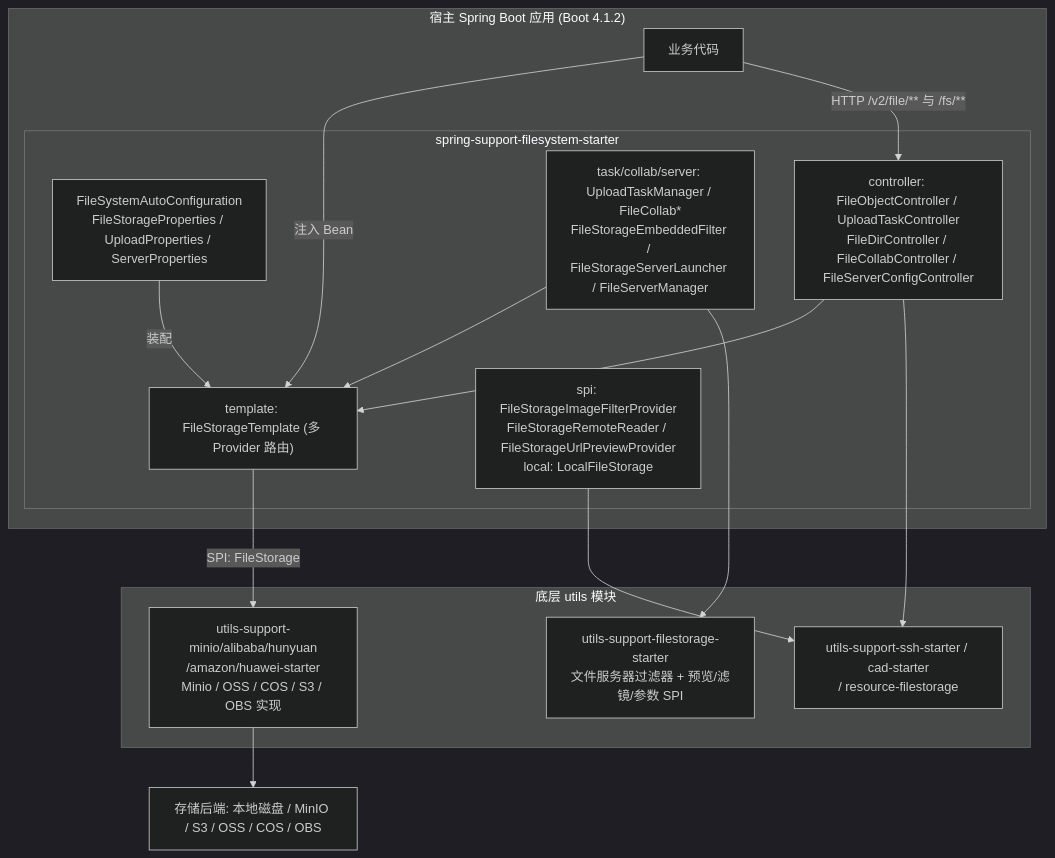
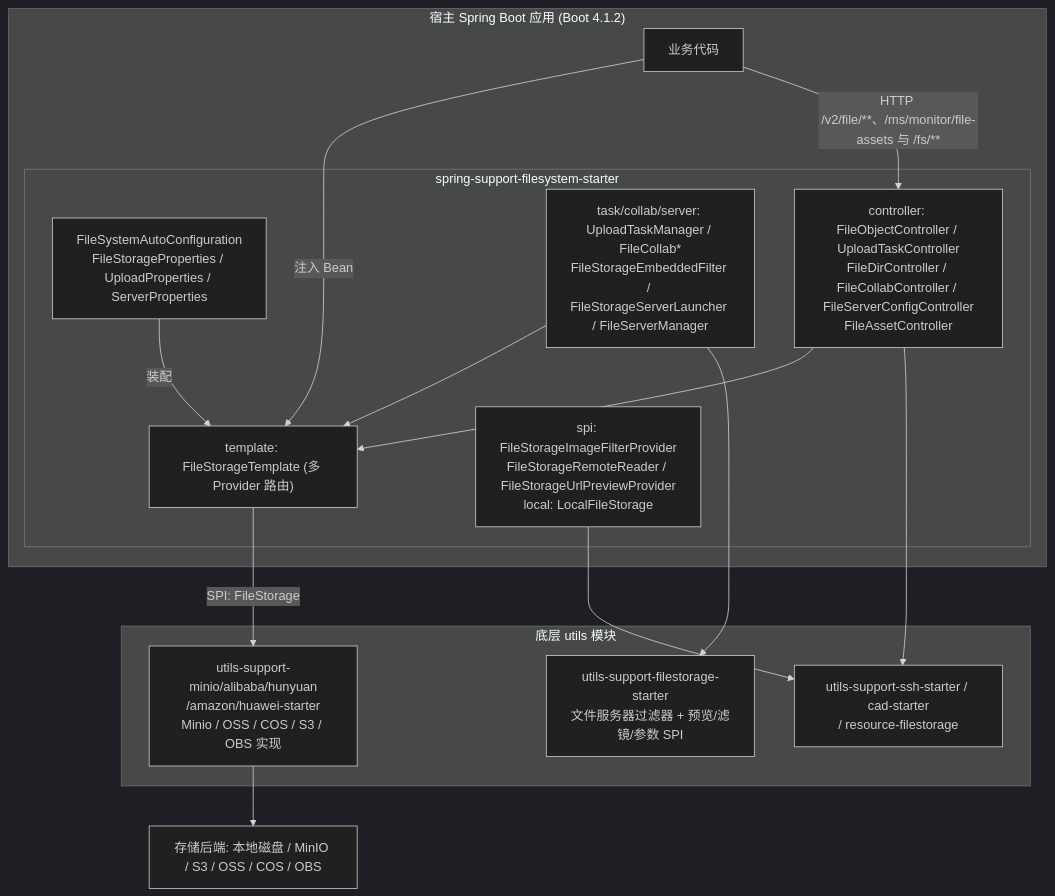
Before and after one commit to CHTK001/spring-support-parent-starter: the first of 2 diagrams in spring-support-filesystem-starter/README.md, drawn with Mermaid (dark theme). The commit also changed other lines of this file and 1151 other files, not shown here.

````diff
--- a/spring-support-filesystem-starter/README.md
+++ b/spring-support-filesystem-starter/README.md
@@ -7,29 +7,29 @@
 ```mermaid
 flowchart TB
     subgraph HOST["宿主 Spring Boot 应用 (Boot 4.1.2)"]
         APP["业务代码"]
         subgraph MOD["spring-support-filesystem-starter"]
             CFG["FileSystemAutoConfiguration<br/>FileStorageProperties / UploadProperties / ServerProperties"]
             TPL["template: FileStorageTemplate (多 Provider 路由)"]
-            API["controller: FileObjectController / UploadTaskController<br/>FileDirController / FileCollabController / FileServerConfigController"]
+            API["controller: FileObjectController / UploadTaskController<br/>FileDirController / FileCollabController / FileServerConfigController<br/>FileAssetController"]
             SVC["task/collab/server: UploadTaskManager / FileCollab*<br/>FileStorageEmbeddedFilter / FileStorageServerLauncher / FileServerManager"]
             SPIF["spi: FileStorageImageFilterProvider<br/>FileStorageRemoteReader / FileStorageUrlPreviewProvider<br/>local: LocalFileStorage"]
         end
     end
     subgraph UTILS["底层 utils 模块"]
         FS["utils-support-filestorage-starter<br/>文件服务器过滤器 + 预览/滤镜/参数 SPI"]
         CLOUD["utils-support-minio/alibaba/hunyuan<br/>/amazon/huawei-starter<br/>Minio / OSS / COS / S3 / OBS 实现"]
         AUX["utils-support-ssh-starter / cad-starter<br/>/ resource-filestorage"]
     end
     BK["存储后端: 本地磁盘 / MinIO / S3 / OSS / COS / OBS"]
     APP -->|注入 Bean| TPL
-    APP -->|HTTP /v2/file/** 与 /fs/**| API
+    APP -->|HTTP /v2/file/**、/ms/monitor/file-assets 与 /fs/**| API
     CFG -->|装配| TPL
     API --> TPL
     SVC --> TPL
     TPL -->|SPI: FileStorage| CLOUD
     SPIF --> AUX
     SVC --> FS
     API --> AUX
     CLOUD --> BK
 ```
````
